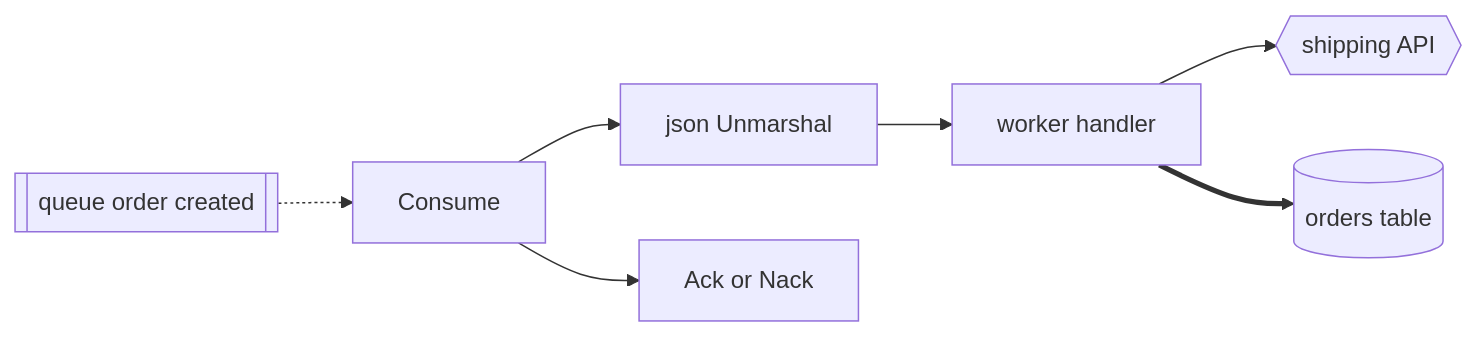
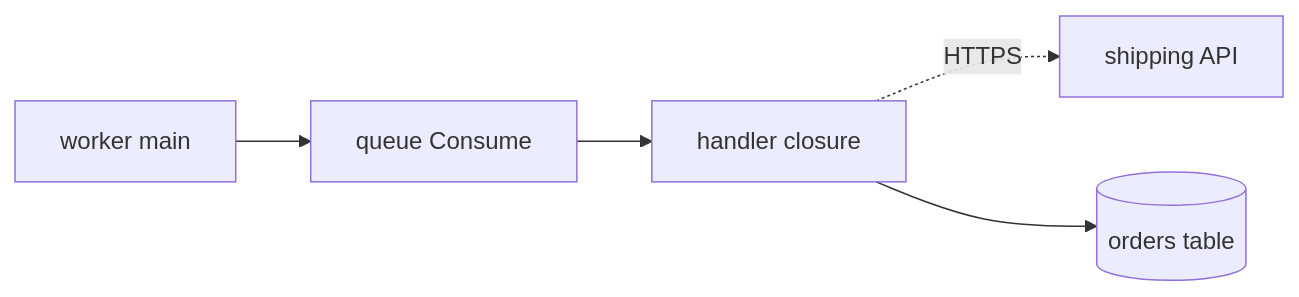
One commit to RndU53r/Code-Knowledge-Builder changed the diagram in examples/sample-output/repos/fulfillment/flows.md. Above: the diagram before and after it, drawn with Mermaid. The commit also changed other lines of this file and 134 other files, not shown here.

````diff
--- a/examples/sample-output/repos/fulfillment/flows.md
+++ b/examples/sample-output/repos/fulfillment/flows.md
@@ -30,9 +39,7 @@
 ```mermaid
 flowchart LR
-  MQ[["queue order created"]] -.-> CN["Consume"]
-  CN --> UM["json Unmarshal"]
-  UM --> CB["worker handler"]
-  CB --> SH{{"shipping API"}}
-  CB ==> DB[("orders table")]
-  CN --> AK["Ack or Nack"]
+  A["worker main"] --> B["queue Consume"]
+  B --> C["handler closure"]
+  C -.->|"HTTPS"| D["shipping API"]
+  C --> E[("orders table")]
 ```
````
